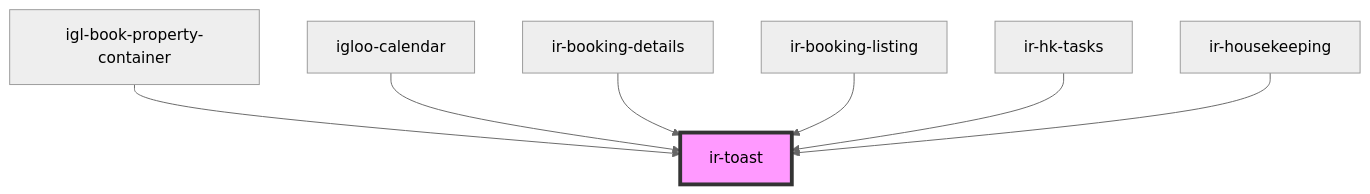
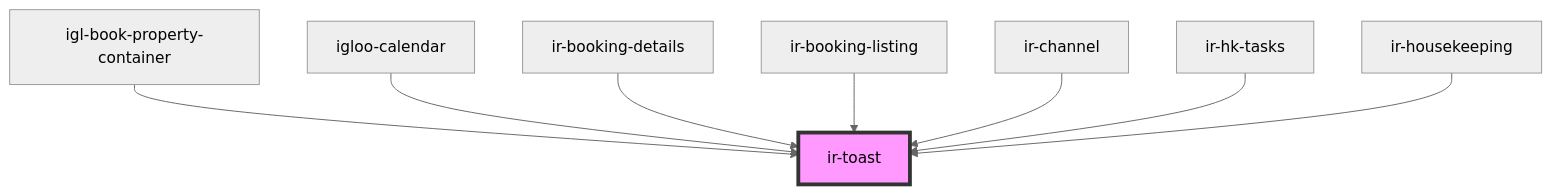
Before and after one commit to David1Chowaifaty/modified-ir-webcmp: the diagram in src/components/ir-toast/readme.md, drawn with Mermaid (neutral theme). The commit also changed other lines of this file and 11 other files, not shown here.

````diff
--- a/src/components/ir-toast/readme.md
+++ b/src/components/ir-toast/readme.md
@@ -27,10 +28,11 @@
 ```mermaid
 graph TD;
   igl-book-property-container --> ir-toast
   igloo-calendar --> ir-toast
   ir-booking-details --> ir-toast
   ir-booking-listing --> ir-toast
+  ir-channel --> ir-toast
   ir-hk-tasks --> ir-toast
   ir-housekeeping --> ir-toast
   style ir-toast fill:#f9f,stroke:#333,stroke-width:4px
 ```
````
